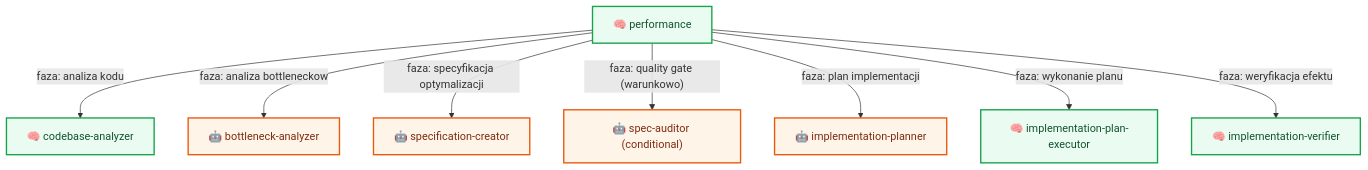
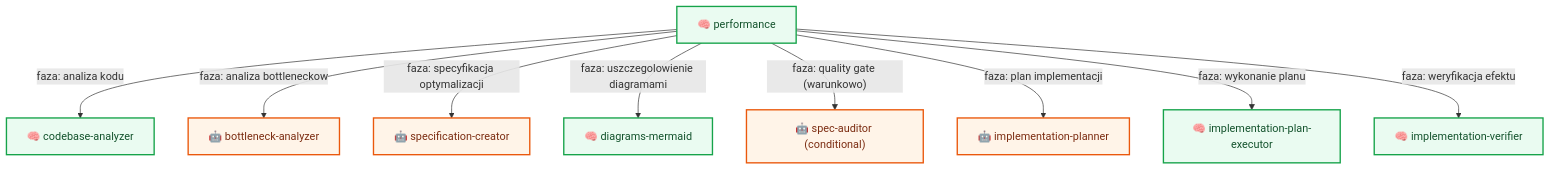
The fourth of 10 diagrams in docs/flow/workflows.md (plucins/flowbit), drawn with Mermaid before and after one commit. The commit also changed other lines of this file and 11 other files, not shown here.

Commit message:
Add Mermaid diagram sections to architecture and overview documentation for enhanced visual clarity

````diff
--- a/docs/flow/workflows.md
+++ b/docs/flow/workflows.md
@@ -104,15 +112,16 @@
 ```mermaid
 graph TD
   PERF2["🧠 performance"] -- "faza: analiza kodu" --> CODEBASE_P["🧠 codebase-analyzer"]
   PERF2 -- "faza: analiza bottleneckow" --> BOT_P["🤖 bottleneck-analyzer"]
   PERF2 -- "faza: specyfikacja optymalizacji" --> SPEC_P["🤖 specification-creator"]
+  PERF2 -- "faza: uszczegolowienie diagramami" --> DIAG_P["🧠 diagrams-mermaid"]
   PERF2 -- "faza: quality gate (warunkowo)" --> AUD_P["🤖 spec-auditor (conditional)"]
   PERF2 -- "faza: plan implementacji" --> PLAN_P["🤖 implementation-planner"]
   PERF2 -- "faza: wykonanie planu" --> EXEC_P["🧠 implementation-plan-executor"]
   PERF2 -- "faza: weryfikacja efektu" --> VER_P["🧠 implementation-verifier"]
 
   classDef skill fill:#EAFBF1,stroke:#16A34A,stroke-width:2px,color:#14532D;
   classDef agent fill:#FFF4E8,stroke:#EA580C,stroke-width:2px,color:#7C2D12;
-  class PERF2,CODEBASE_P,EXEC_P,VER_P skill;
+  class PERF2,CODEBASE_P,EXEC_P,VER_P,DIAG_P skill;
   class BOT_P,SPEC_P,AUD_P,PLAN_P agent;
 ```
````
